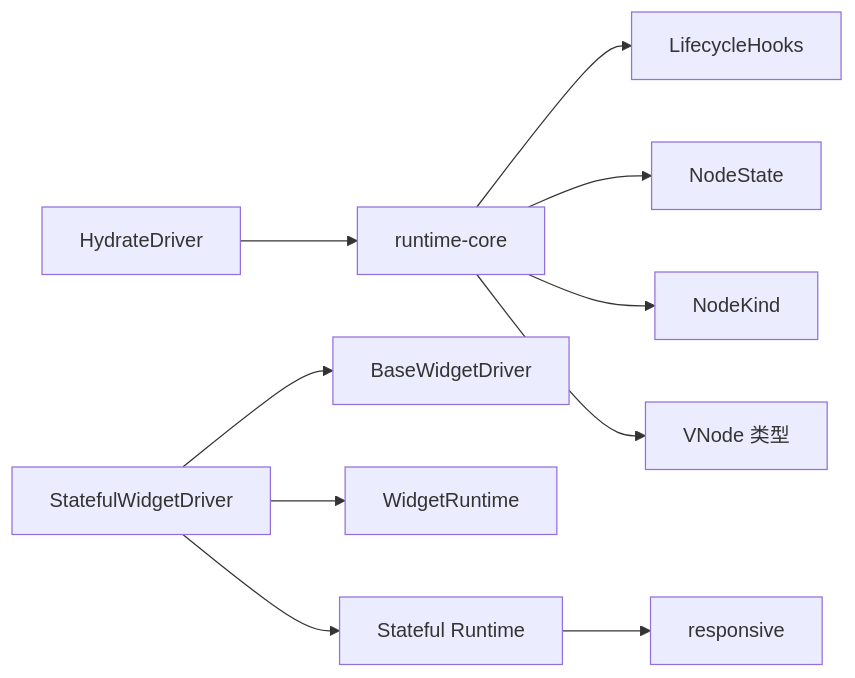
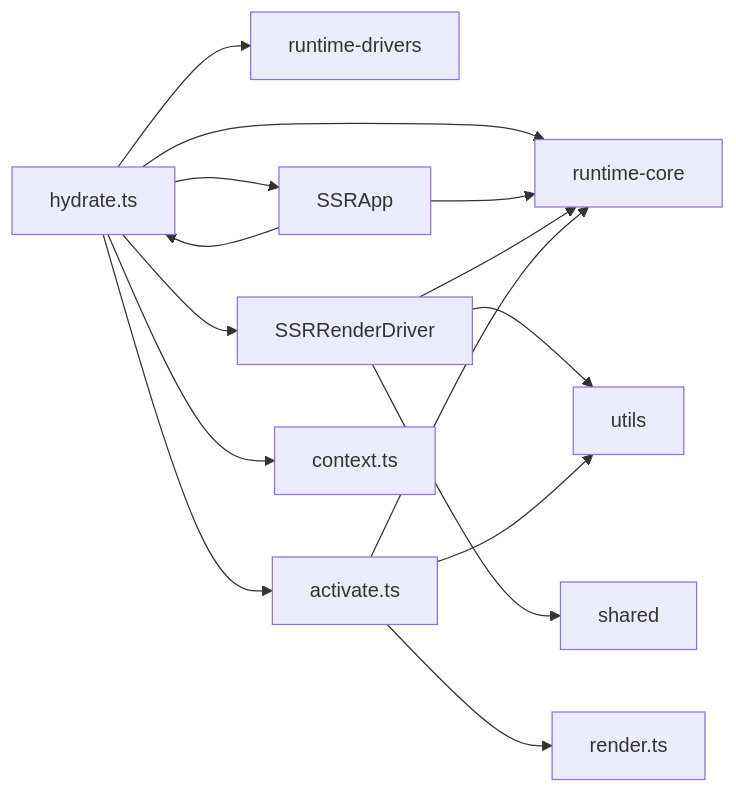
The seventh of 7 diagrams in .qoder/repowiki/zh/content/服务端渲染/客户端激活.md (vitarx-lib/core), drawn with Mermaid before and after one commit. The commit also changed other lines of this file and 3 other files, not shown here.

First line of the commit message:
docs(runtime-drivers): 更新驱动抽象层架构概览

````diff
--- a/.qoder/repowiki/zh/content/服务端渲染/客户端激活.md
+++ b/.qoder/repowiki/zh/content/服务端渲染/客户端激活.md
@@ -281,12 +280,17 @@
 ```mermaid
 graph LR
-HD["HydrateDriver"] --> RC["runtime-core"]
-SD["StatefulWidgetDriver"] --> BD["BaseWidgetDriver"]
-SD --> WR["WidgetRuntime"]
-SD --> SFR["Stateful Runtime"]
-SFR --> EFF["responsive"]
-RC --> HK["LifecycleHooks"]
-RC --> NS["NodeState"]
-RC --> NK["NodeKind"]
-RC --> VT["VNode 类型"]
+HD["hydrate.ts"] --> RC["runtime-core"]
+HD --> RD["runtime-drivers"]
+HD --> SA["SSRApp"]
+HD --> SRD["SSRRenderDriver"]
+HD --> ACT["activate.ts"]
+HD --> CTX["context.ts"]
+SA --> RC
+SA --> HD
+SRD --> RC
+SRD --> UT["utils"]
+SRD --> SH["shared"]
+ACT --> RC
+ACT --> UT
+ACT --> RND["render.ts"]
 ```
````
